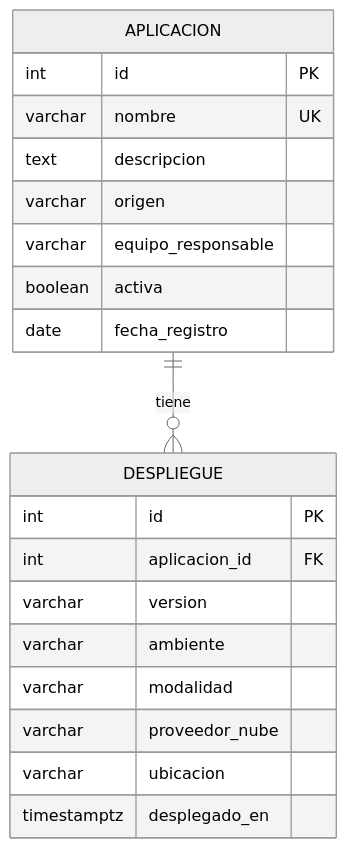
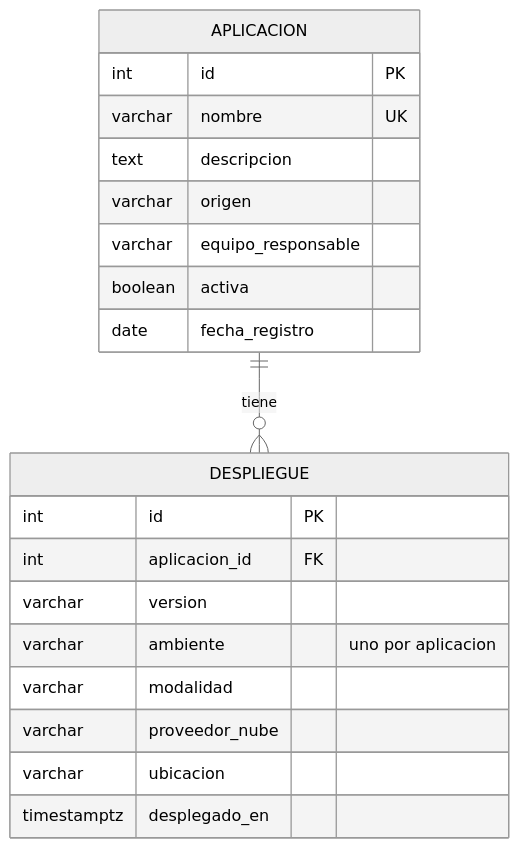
Before and after one commit to andresgomezgarcia01/cont-app-soft-u2: the second of 3 diagrams in docs/arquitectura.md, drawn with Mermaid (neutral theme). The commit also changed other lines of this file and 20 other files, not shown here.

````diff
--- a/docs/arquitectura.md
+++ b/docs/arquitectura.md
@@ -74,23 +78,23 @@
 ```mermaid
 erDiagram
     APLICACION ||--o{ DESPLIEGUE : tiene
     APLICACION {
         int id PK
         varchar nombre UK
         text descripcion
         varchar origen
         varchar equipo_responsable
         boolean activa
         date fecha_registro
     }
     DESPLIEGUE {
         int id PK
         int aplicacion_id FK
         varchar version
-        varchar ambiente
+        varchar ambiente "uno por aplicacion"
         varchar modalidad
         varchar proveedor_nube
         varchar ubicacion
         timestamptz desplegado_en
     }
 ```
````
